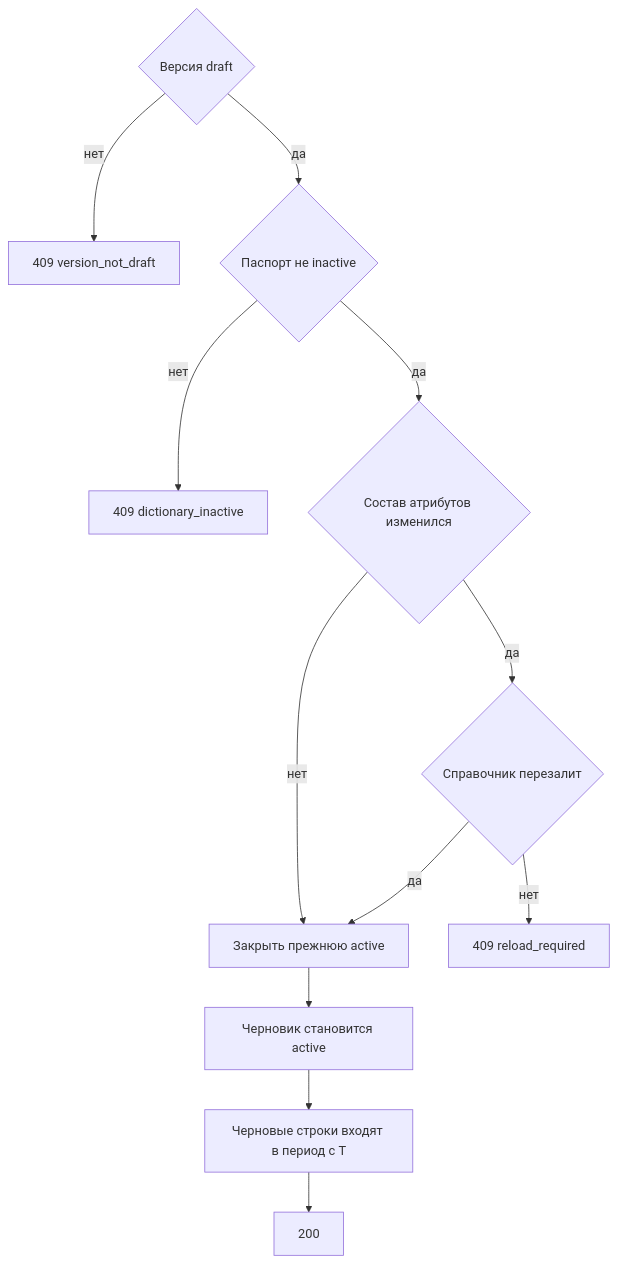
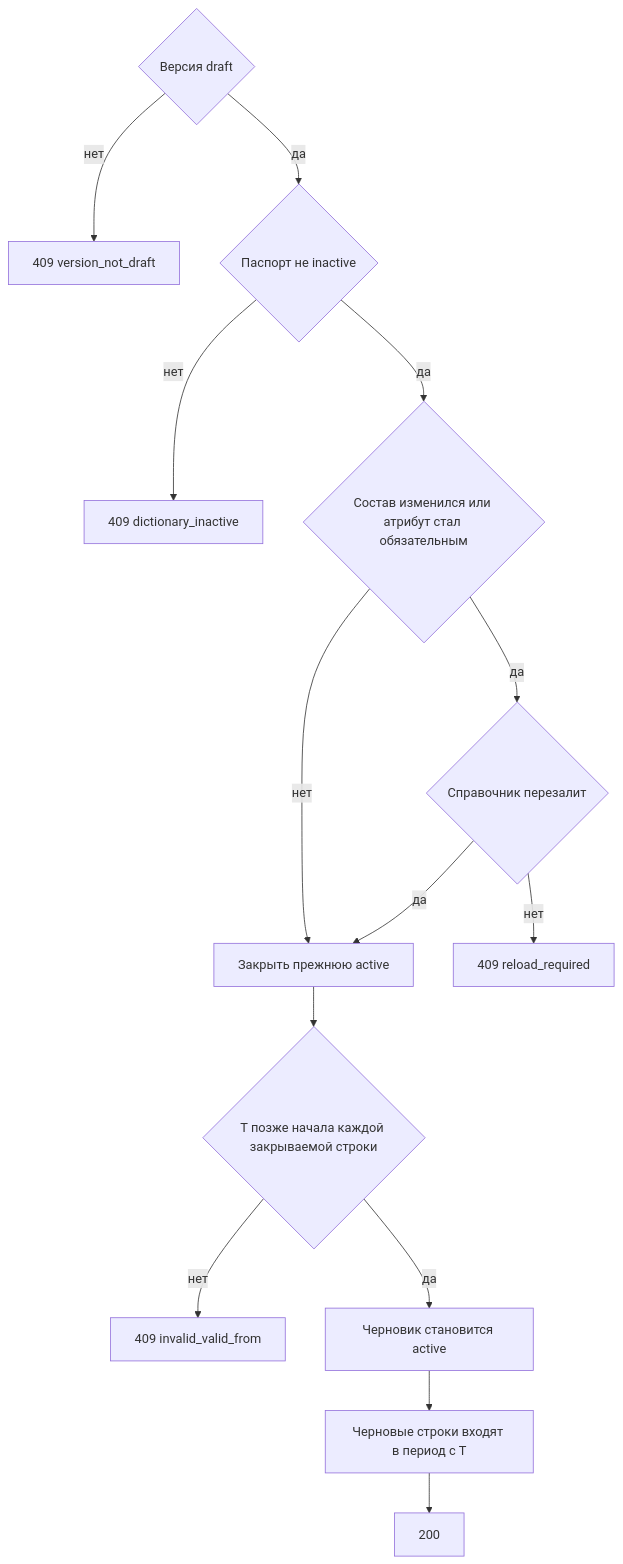
One commit to StrannikE95/reference_data changed the diagram in docs/1. functional/specification/v2 - 1 таблица/api/management.api/MetadataController/post_publish.md. Above: the diagram before and after it, drawn with Mermaid. The commit also changed other lines of this file and 14 other files, not shown here.

````diff
--- a/docs/1. functional/specification/v2 - 1 таблица/api/management.api/MetadataController/post_publish.md
+++ b/docs/1. functional/specification/v2 - 1 таблица/api/management.api/MetadataController/post_publish.md
@@ -68,14 +73,16 @@
 ```mermaid
 flowchart TD
   draft{"Версия draft"} -->|нет| bad["409 version_not_draft"]
   draft -->|да| live{"Паспорт не inactive"}
   live -->|нет| off["409 dictionary_inactive"]
-  live -->|да| diff{"Состав атрибутов изменился"}
+  live -->|да| diff{"Состав изменился или атрибут стал обязательным"}
   diff -->|да| ready{"Справочник перезалит"}
   diff -->|нет| close["Закрыть прежнюю active"]
   ready -->|нет| reload["409 reload_required"]
   ready -->|да| close
-  close --> pub["Черновик становится active"]
+  close --> period{"T позже начала каждой закрываемой строки"}
+  period -->|нет| badFrom["409 invalid_valid_from"]
+  period -->|да| pub["Черновик становится active"]
   pub --> rows["Черновые строки входят в период с T"]
   rows --> ok["200"]
 ```
````
